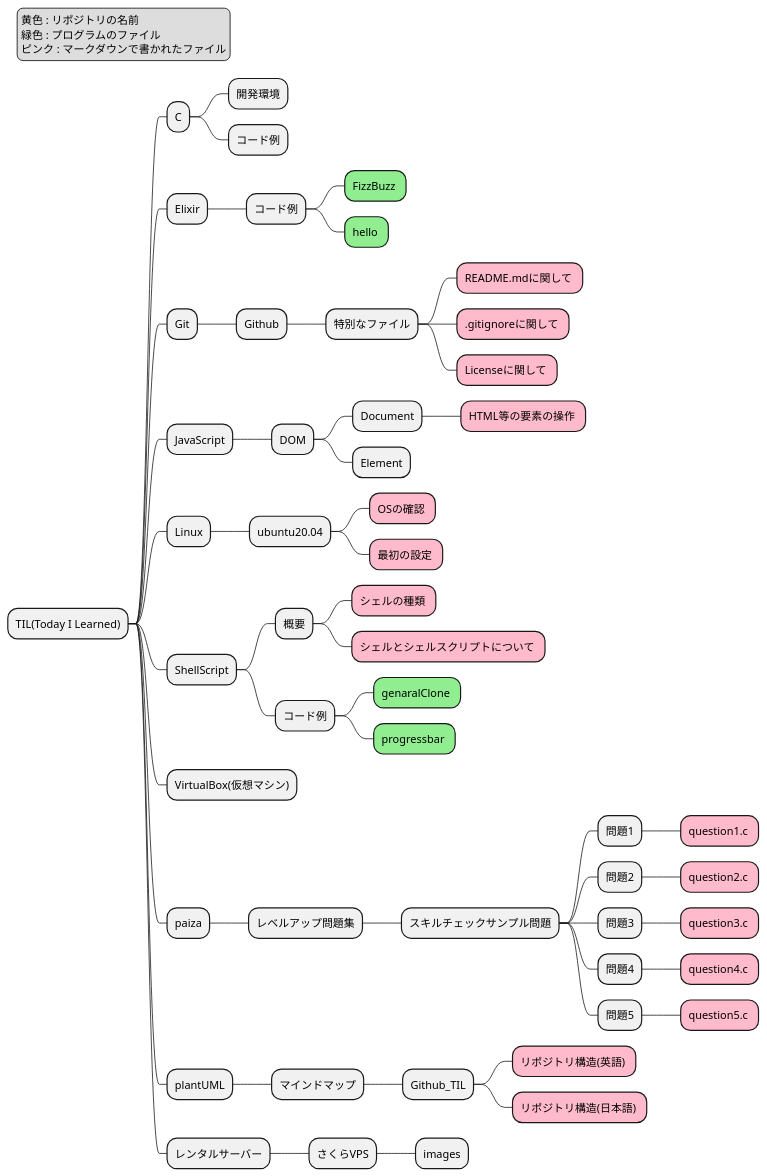
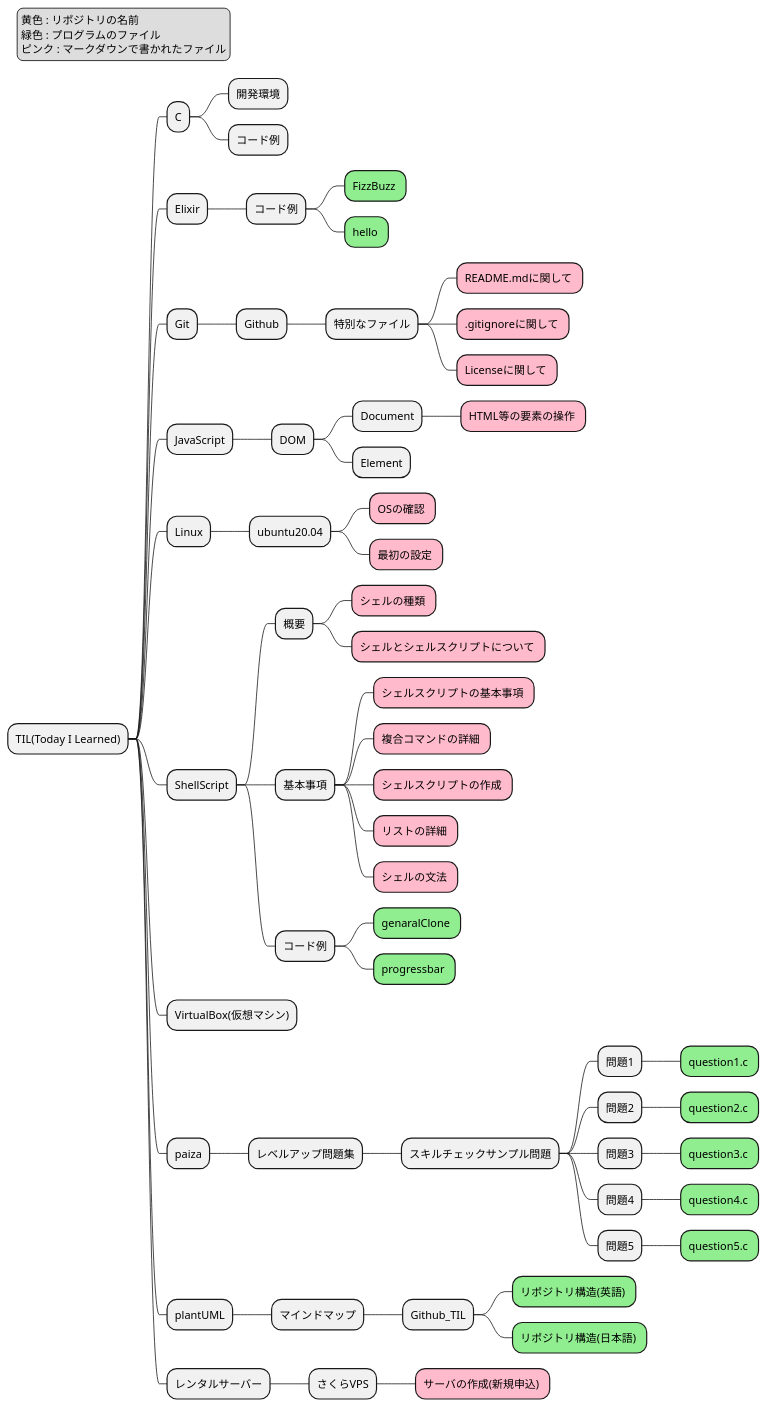
One commit to sudo-roa/TIL changed the diagram in plantUML/MindMap/Github_TIL/RepositoryStructureJ.puml. Above: the diagram before and after it, drawn with PlantUML. The commit also changed 4 other files, not shown here.

```diff
--- a/plantUML/MindMap/Github_TIL/RepositoryStructureJ.puml
+++ b/plantUML/MindMap/Github_TIL/RepositoryStructureJ.puml
@@ -1,83 +1,89 @@
 @startmindmap RepositoryStructureJ
-
 <style>
 mindmapDiagram {
   .green {
     BackgroundColor #90ee90
   }
   .rose {
     BackgroundColor #FFBBCC
   }
 }
 </style>
 
 * TIL(Today I Learned)
 
 ** C
 *** 開発環境
 *** コード例
 
 ** Elixir
 *** コード例
 **** FizzBuzz <<green>>
 **** hello <<green>>
 
 ** Git
 *** Github
 **** 特別なファイル
 ***** README.mdに関して <<rose>>
 ***** .gitignoreに関して <<rose>>
 ***** Licenseに関して <<rose>>
 
 ** JavaScript
 *** DOM
 **** Document
 ***** HTML等の要素の操作 <<rose>>
 **** Element
 
 ** Linux
 *** ubuntu20.04
 **** OSの確認 <<rose>>
 **** 最初の設定 <<rose>>
 
 ** ShellScript
 *** 概要
 **** シェルの種類 <<rose>>
 **** シェルとシェルスクリプトについて <<rose>>
+*** 基本事項
+**** シェルスクリプトの基本事項 <<rose>>
+**** 複合コマンドの詳細 <<rose>>
+**** シェルスクリプトの作成 <<rose>>
+**** リストの詳細 <<rose>>
+**** シェルの文法 <<rose>>
 *** コード例
 **** genaralClone <<green>>
 **** progressbar <<green>>
 
 ** VirtualBox(仮想マシン)
 
 ** paiza
 *** レベルアップ問題集
 **** スキルチェックサンプル問題
 ***** 問題1
-****** question1.c <<rose>>
+****** question1.c <<green>>
 ***** 問題2
-****** question2.c <<rose>>
+****** question2.c <<green>>
 ***** 問題3
-****** question3.c <<rose>>
+****** question3.c <<green>>
 ***** 問題4
-****** question4.c <<rose>>
+****** question4.c <<green>>
 ***** 問題5
-****** question5.c <<rose>>
+****** question5.c <<green>>
 
 ** plantUML
 *** マインドマップ
 **** Github_TIL
-***** リポジトリ構造(英語) <<rose>>
-***** リポジトリ構造(日本語) <<rose>>
+***** リポジトリ構造(英語) <<green>>
+***** リポジトリ構造(日本語) <<green>>
 
 ** レンタルサーバー
 *** さくらVPS
-**** images
+**** サーバの作成(新規申込) <<rose>>
+
 
 legend top left
     黄色 : リポジトリの名前
     緑色 : プログラムのファイル
     ピンク : マークダウンで書かれたファイル
 endlegend
 
 @endmindmap
```
